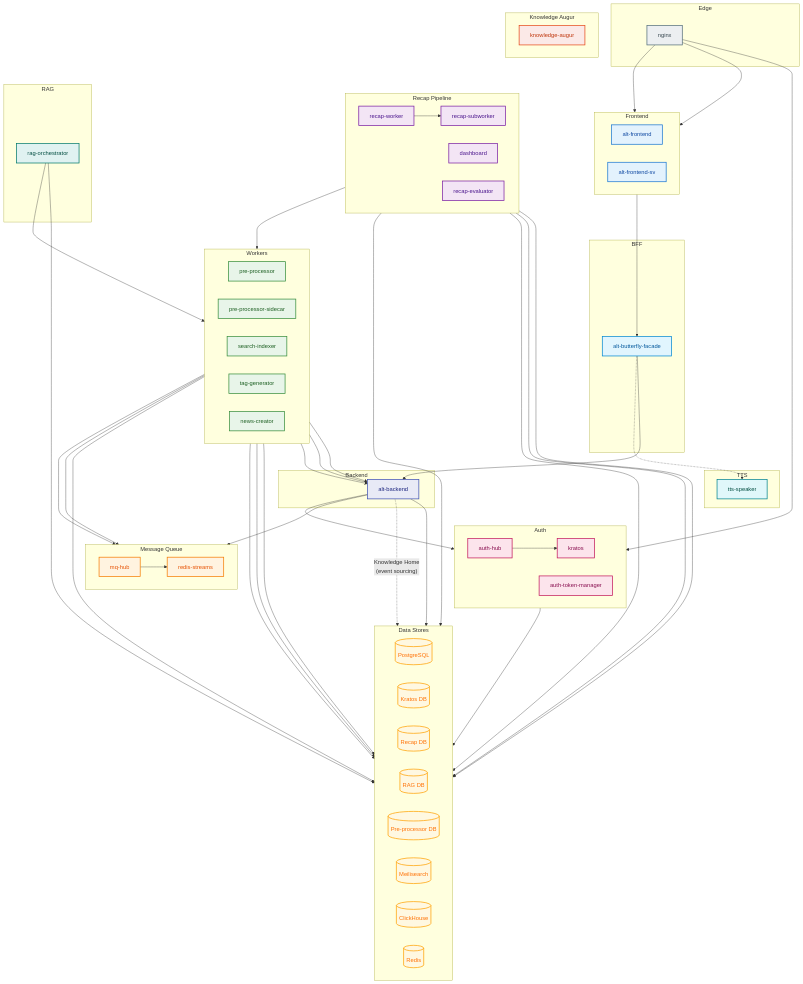
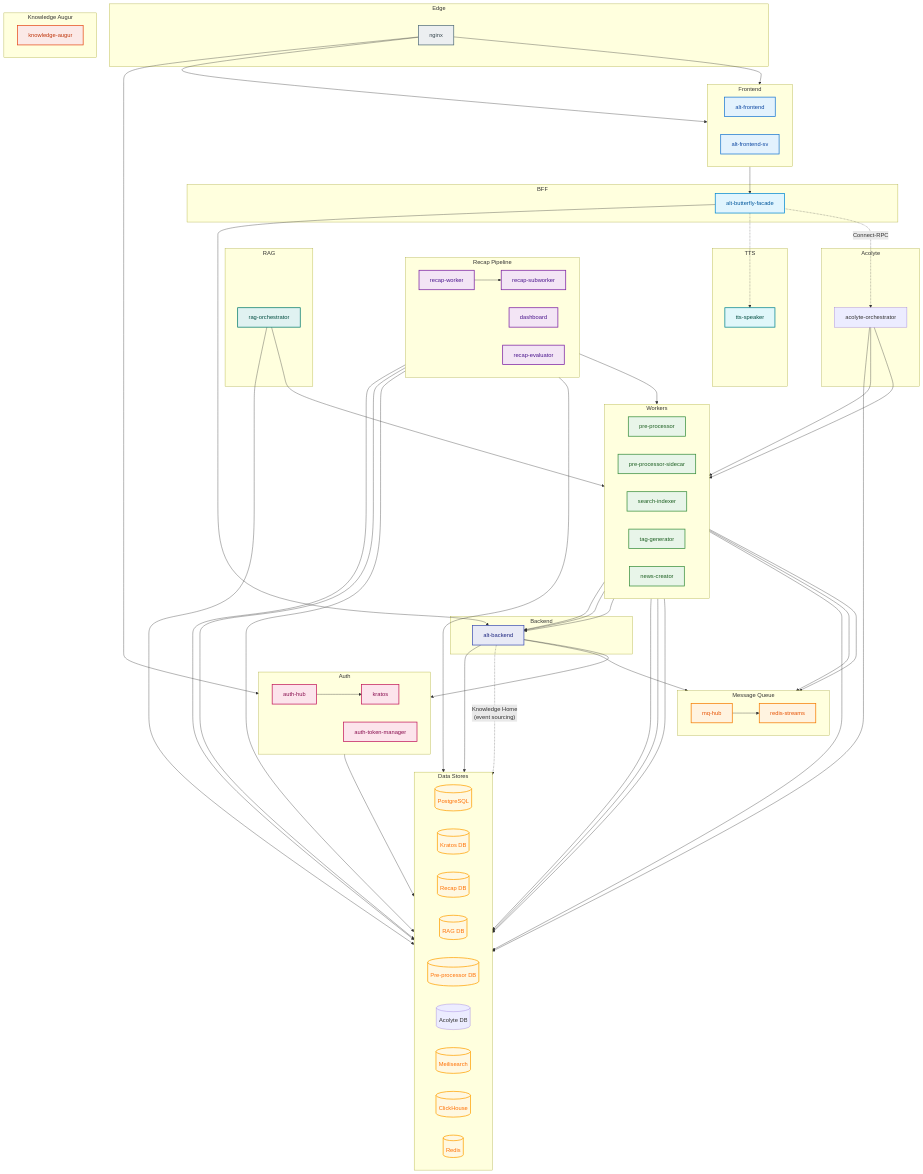
One commit to Kaikei-e/Alt changed the diagram in docs/services/MICROSERVICES.md. Above: the diagram before and after it, drawn with Mermaid. The commit also changed other lines of this file and 12 other files, not shown here.

```diff
--- a/docs/services/MICROSERVICES.md
+++ b/docs/services/MICROSERVICES.md
@@ -157,6 +165,10 @@
         rag-orchestrator
     end
 
+    subgraph Acolyte["Acolyte"]
+        acolyte-orchestrator
+    end
+
     subgraph TTS["TTS"]
         tts-speaker
     end
@@ -172,6 +184,7 @@
         recap-db[(Recap DB)]
         rag-db[(RAG DB)]
         pre-processor-db[(Pre-processor DB)]
+        acolyte-db[(Acolyte DB)]
         meilisearch[(Meilisearch)]
         clickhouse[(ClickHouse)]
         redis-cache[(Redis)]
@@ -196,6 +209,10 @@
 
     %% Pre-processor -> pre-processor-db
     pre-processor --> pre-processor-db
+
+    %% Acolyte connections
+    alt-butterfly-facade -.->|"Connect-RPC"| acolyte-orchestrator
+    acolyte-orchestrator --> acolyte-db & search-indexer & news-creator
 
     %% Pipeline connections
     recap-worker --> recap-db & recap-subworker & news-creator
```
